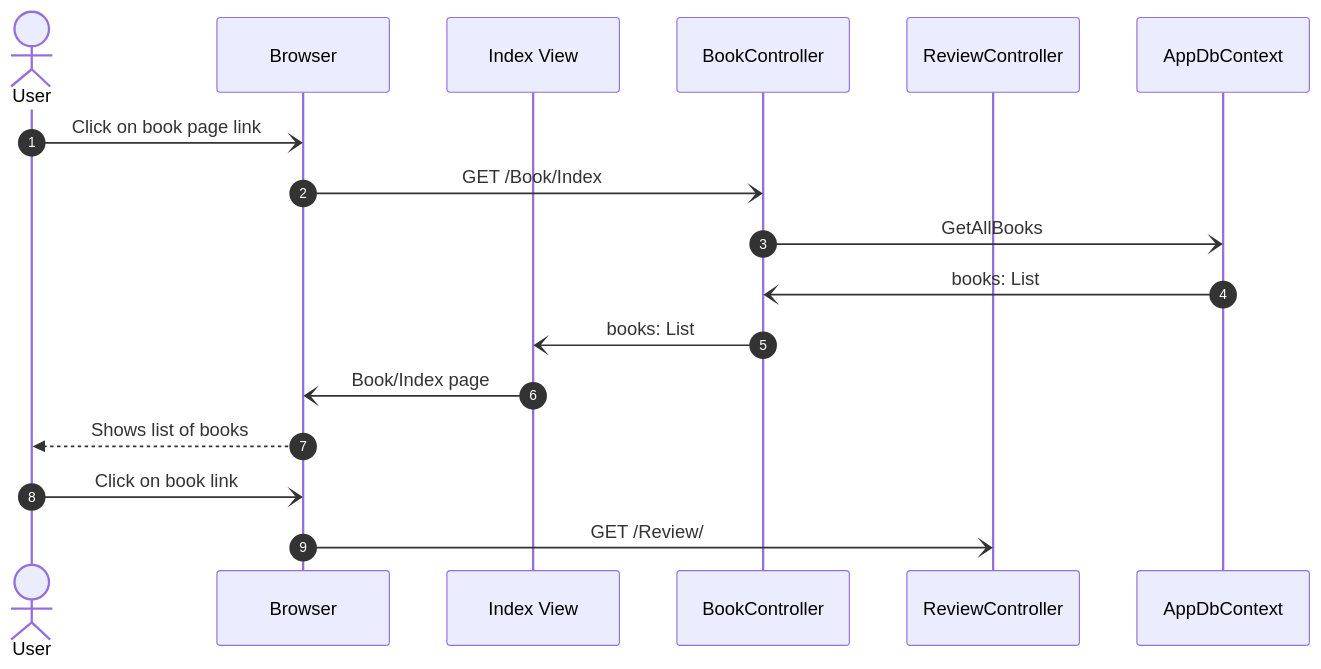
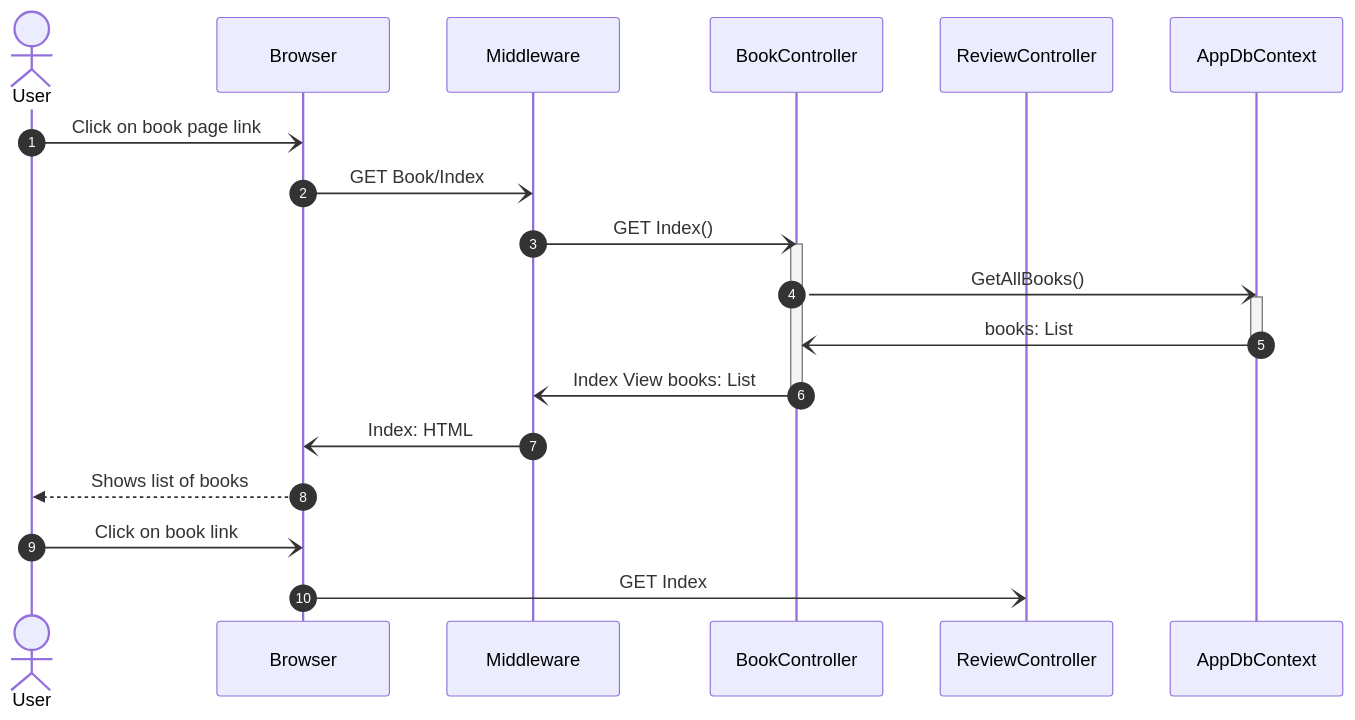
The diagram in LectureNotes/Images/BookReviewSequenceDiagram.mmd (ProfBird/CS246-CourseMaterials), drawn with Mermaid before and after one commit.

Commit message:
Added more to the diagram

```diff
--- a/LectureNotes/Images/BookReviewSequenceDiagram.mmd
+++ b/LectureNotes/Images/BookReviewSequenceDiagram.mmd
@@ -1,19 +1,24 @@
 sequenceDiagram
 actor User
 participant Browser
-participant Index View
+participant Middleware
 participant BookController
 participant ReviewController
 participant AppDbContext
 autonumber
 
     User-)Browser: Click on book page link
-    Browser-)BookController: GET /Book/Index
-    BookController-)AppDbContext: GetAllBooks
+    Browser-)Middleware: GET Book/Index
+    Middleware-)BookController: GET Index()
+    activate BookController
+    BookController-)AppDbContext: GetAllBooks()
+     activate AppDbContext
     AppDbContext-)BookController: books: List
-    BookController-)Index View: books: List
-    Index View-)Browser: Book/Index page
+    deactivate AppDbContext
+    BookController-)Middleware: Index View books: List
+    deactivate BookController
+    Middleware-)Browser: Index: HTML
     Browser-->>User: Shows list of books
 
     User-)Browser: Click on book link
-    Browser-)ReviewController: GET /Review/
+    Browser-)ReviewController: GET Index
```
